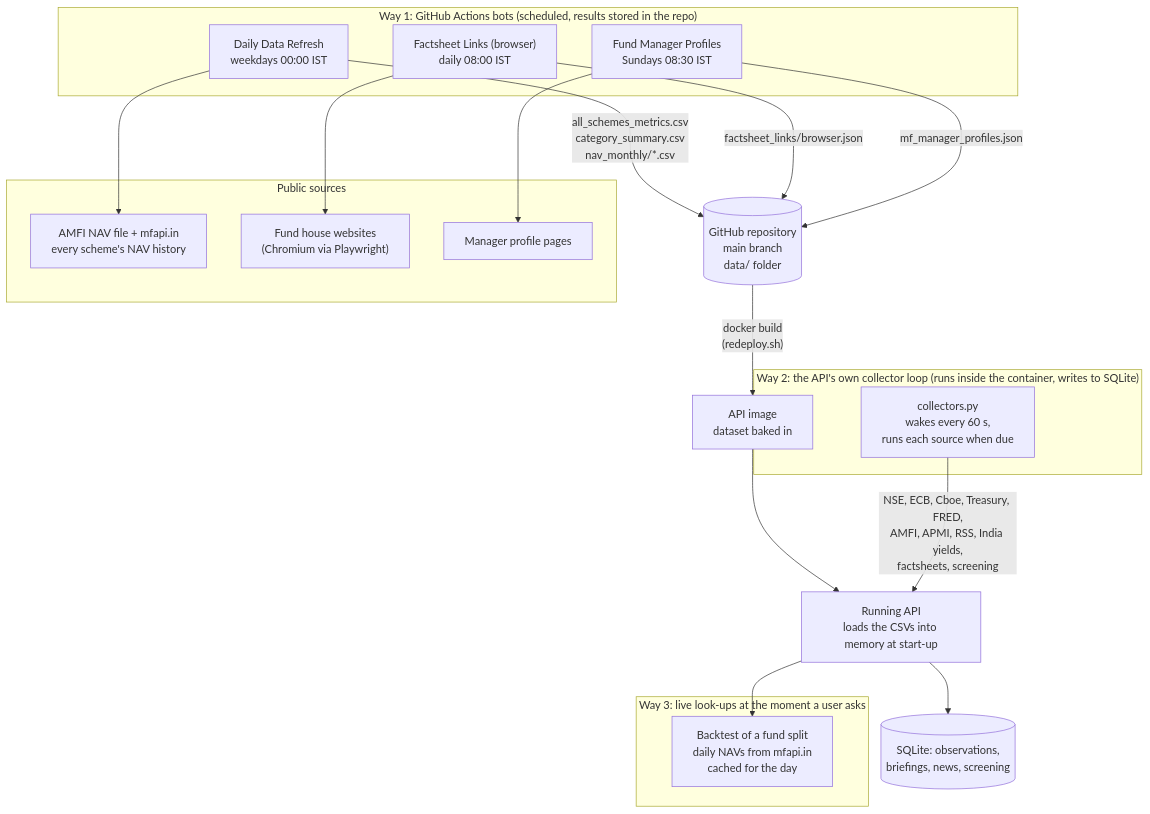
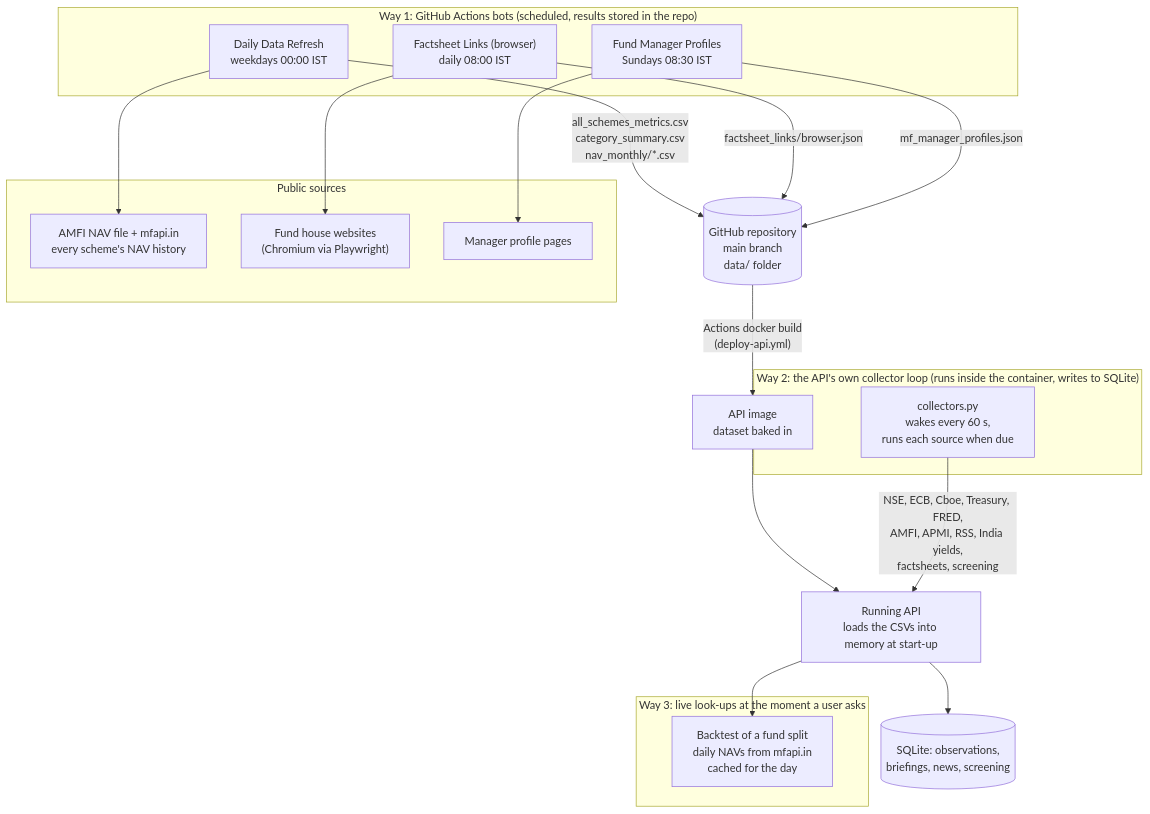
One commit to debmukdm-jioinstitute/Fund-Horizon changed the sixth of 20 diagrams in README.md. Above: the diagram before and after it, drawn with Mermaid. The commit also changed other lines of this file and 7 other files, not shown here.

First line of the commit message:
ci(deploy): build API image in GitHub Actions, EC2 only pulls

````diff
--- a/README.md
+++ b/README.md
@@ -297,33 +297,33 @@
 ```mermaid
 flowchart TB
     subgraph A["Way 1: GitHub Actions bots (scheduled, results stored in the repo)"]
         W1["Daily Data Refresh<br/>weekdays 00:00 IST"]
         W2["Factsheet Links (browser)<br/>daily 08:00 IST"]
         W3["Fund Manager Profiles<br/>Sundays 08:30 IST"]
     end
     subgraph SRC["Public sources"]
         AM["AMFI NAV file + mfapi.in<br/>every scheme's NAV history"]
         FH["Fund house websites<br/>(Chromium via Playwright)"]
         MP["Manager profile pages"]
     end
     REPO[("GitHub repository<br/>main branch<br/>data/ folder")]
     W1 --> AM
     W2 --> FH
     W3 --> MP
     W1 -- "all_schemes_metrics.csv<br/>category_summary.csv<br/>nav_monthly/*.csv" --> REPO
     W2 -- "factsheet_links/browser.json" --> REPO
     W3 -- "mf_manager_profiles.json" --> REPO
-    REPO -- "docker build<br/>(redeploy.sh)" --> IMG["API image<br/>dataset baked in"]
+    REPO -- "Actions docker build<br/>(deploy-api.yml)" --> IMG["API image<br/>dataset baked in"]
     IMG --> RUN["Running API<br/>loads the CSVs into memory at start-up"]
 
     subgraph B["Way 2: the API's own collector loop (runs inside the container, writes to SQLite)"]
         CL["collectors.py<br/>wakes every 60 s,<br/>runs each source when due"]
     end
     CL -- "NSE, ECB, Cboe, Treasury, FRED,<br/>AMFI, APMI, RSS, India yields,<br/>factsheets, screening" --> RUN
     RUN --> SQ[("SQLite: observations,<br/>briefings, news, screening")]
 
     subgraph C["Way 3: live look-ups at the moment a user asks"]
         BT["Backtest of a fund split<br/>daily NAVs from mfapi.in<br/>cached for the day"]
     end
     RUN --> BT
 ```
````
